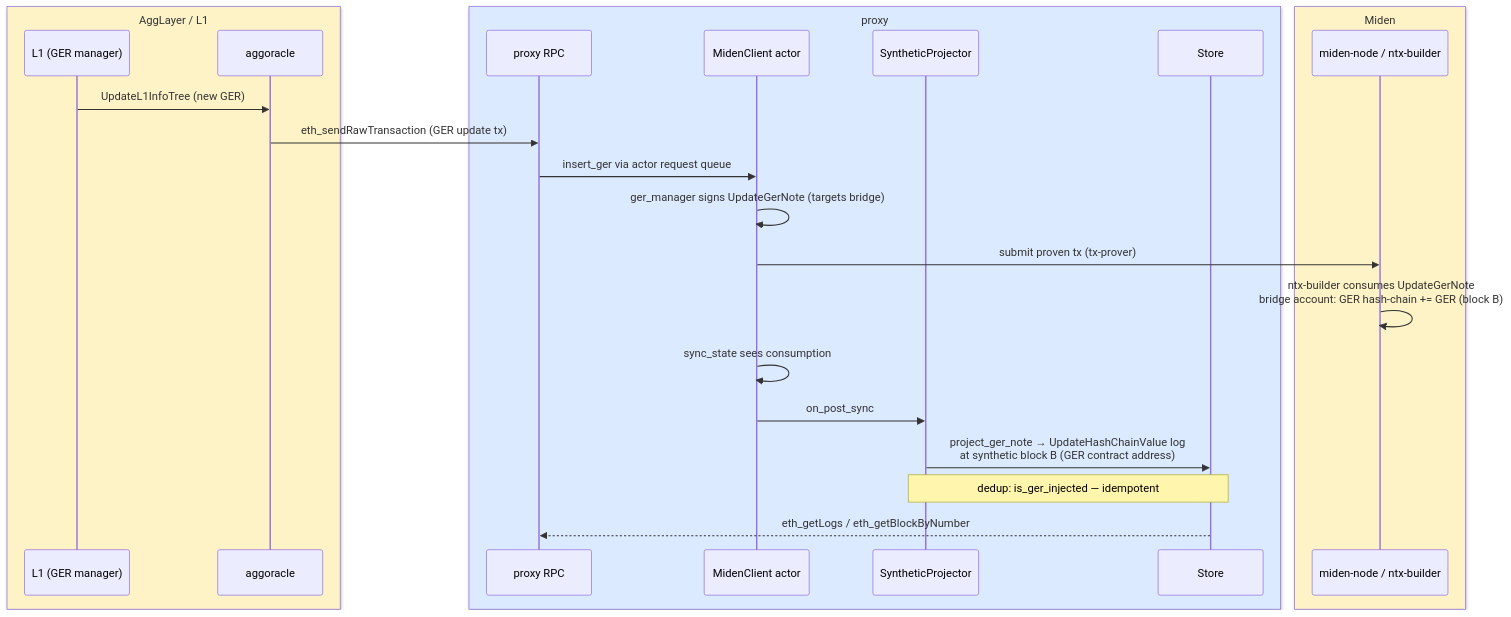
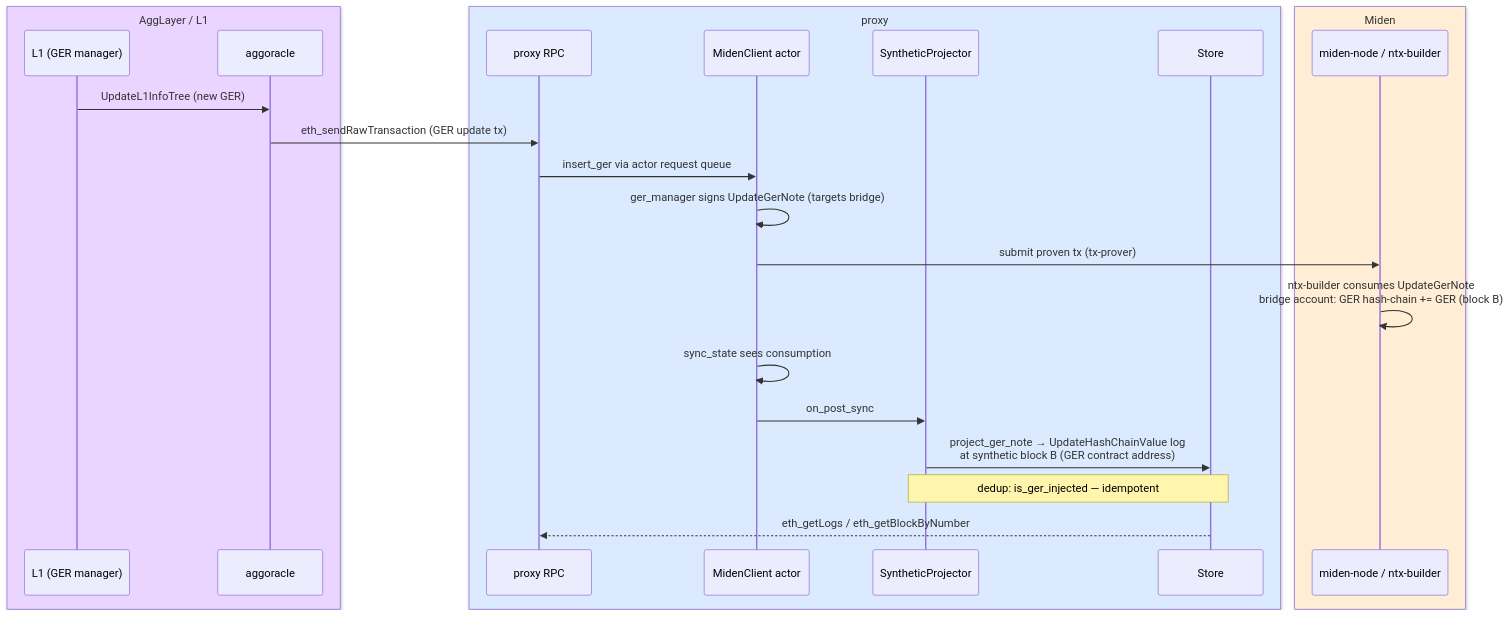
One commit to gateway-fm/miden-agglayer changed the second of 7 diagrams in docs/ARCHITECTURE.md. Above: the diagram before and after it, drawn with Mermaid. The commit also changed other lines of this file, not shown here.

Commit message:
docs: three-way color scheme — proxy blue, Miden orange, AggLayer purple

````diff
--- a/docs/ARCHITECTURE.md
+++ b/docs/ARCHITECTURE.md
@@ -88,28 +92,28 @@
 ```mermaid
 sequenceDiagram
-    box rgb(254,243,199) AggLayer / L1
+    box rgb(233,213,255) AggLayer / L1
         participant L1 as L1 (GER manager)
         participant AO as aggoracle
     end
     box rgb(219,234,254) proxy
         participant RPC as proxy RPC
         participant MC as MidenClient actor
         participant SP as SyntheticProjector
         participant ST as Store
     end
-    box rgb(254,243,199) Miden
+    box rgb(255,237,213) Miden
         participant N as miden-node / ntx-builder
     end
 
     L1->>AO: UpdateL1InfoTree (new GER)
     AO->>RPC: eth_sendRawTransaction (GER update tx)
     RPC->>MC: insert_ger via actor request queue
     MC->>MC: ger_manager signs UpdateGerNote (targets bridge)
     MC->>N: submit proven tx (tx-prover)
     N->>N: ntx-builder consumes UpdateGerNote<br/>bridge account: GER hash-chain += GER (block B)
     MC->>MC: sync_state sees consumption
     MC->>SP: on_post_sync
     SP->>ST: project_ger_note → UpdateHashChainValue log<br/>at synthetic block B (GER contract address)
     Note over SP,ST: dedup: is_ger_injected — idempotent
     ST-->>RPC: eth_getLogs / eth_getBlockByNumber
 ```
````
